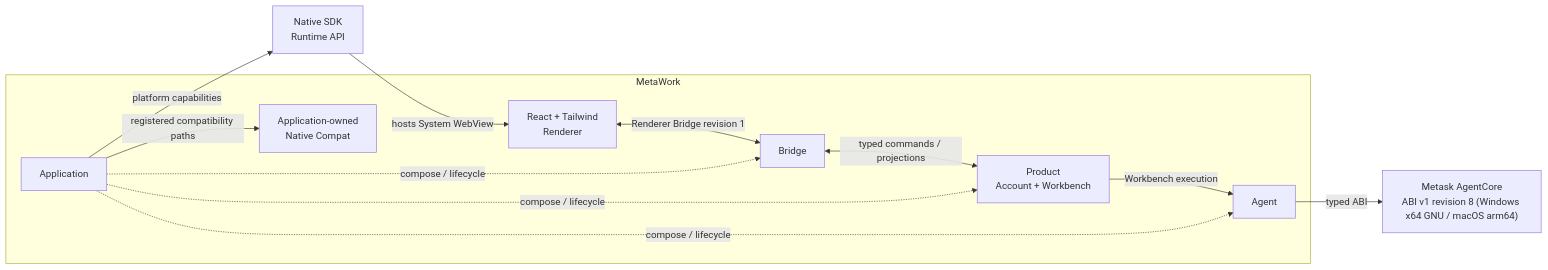
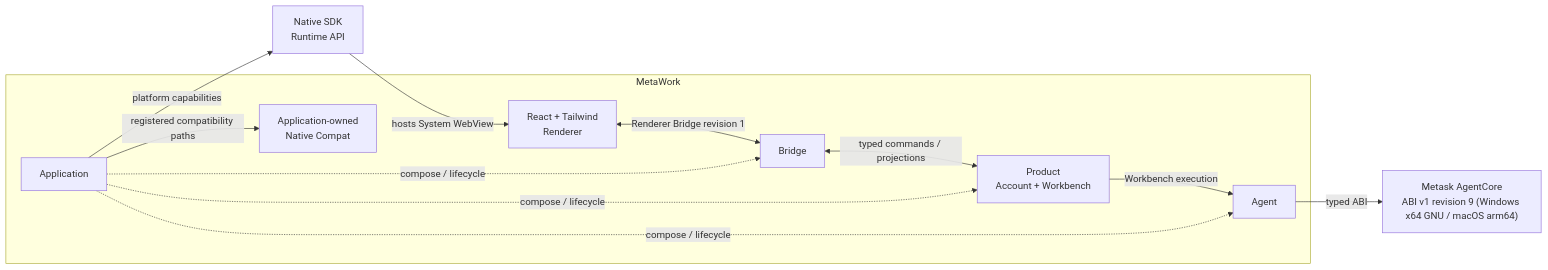
One commit to metask-ai/metawork changed the diagram in README.md. Above: the diagram before and after it, drawn with Mermaid. The commit also changed other lines of this file and 38 other files, not shown here.

Commit message:
feat(agentcore): hard cut to revision 9 skill policy contract

````diff
--- a/README.md
+++ b/README.md
@@ -7,26 +7,26 @@
 ```mermaid
 flowchart LR
     subgraph METAWORK["MetaWork"]
         RENDERER["React + Tailwind<br/>Renderer"]
         BRIDGE["Bridge"]
         PRODUCT["Product<br/>Account + Workbench"]
         AGENT["Agent"]
         APPLICATION["Application"]
         NATIVE_COMPAT["Application-owned<br/>Native Compat"]
 
         RENDERER <-->|"Renderer Bridge revision 1"| BRIDGE
         BRIDGE <-->|"typed commands / projections"| PRODUCT
         PRODUCT -->|"Workbench execution"| AGENT
 
         APPLICATION -. "compose / lifecycle" .-> BRIDGE
         APPLICATION -. "compose / lifecycle" .-> PRODUCT
         APPLICATION -. "compose / lifecycle" .-> AGENT
         APPLICATION -->|"registered compatibility paths"| NATIVE_COMPAT
     end
 
-    AGENTCORE["Metask AgentCore<br/>ABI v1 revision 8 (Windows x64 GNU / macOS arm64)"]
+    AGENTCORE["Metask AgentCore<br/>ABI v1 revision 9 (Windows x64 GNU / macOS arm64)"]
     NATIVE_RUNTIME["Native SDK<br/>Runtime API"]
     AGENT -->|"typed ABI"| AGENTCORE
     APPLICATION -->|"platform capabilities"| NATIVE_RUNTIME
     NATIVE_RUNTIME -->|"hosts System WebView"| RENDERER
 ```
````
